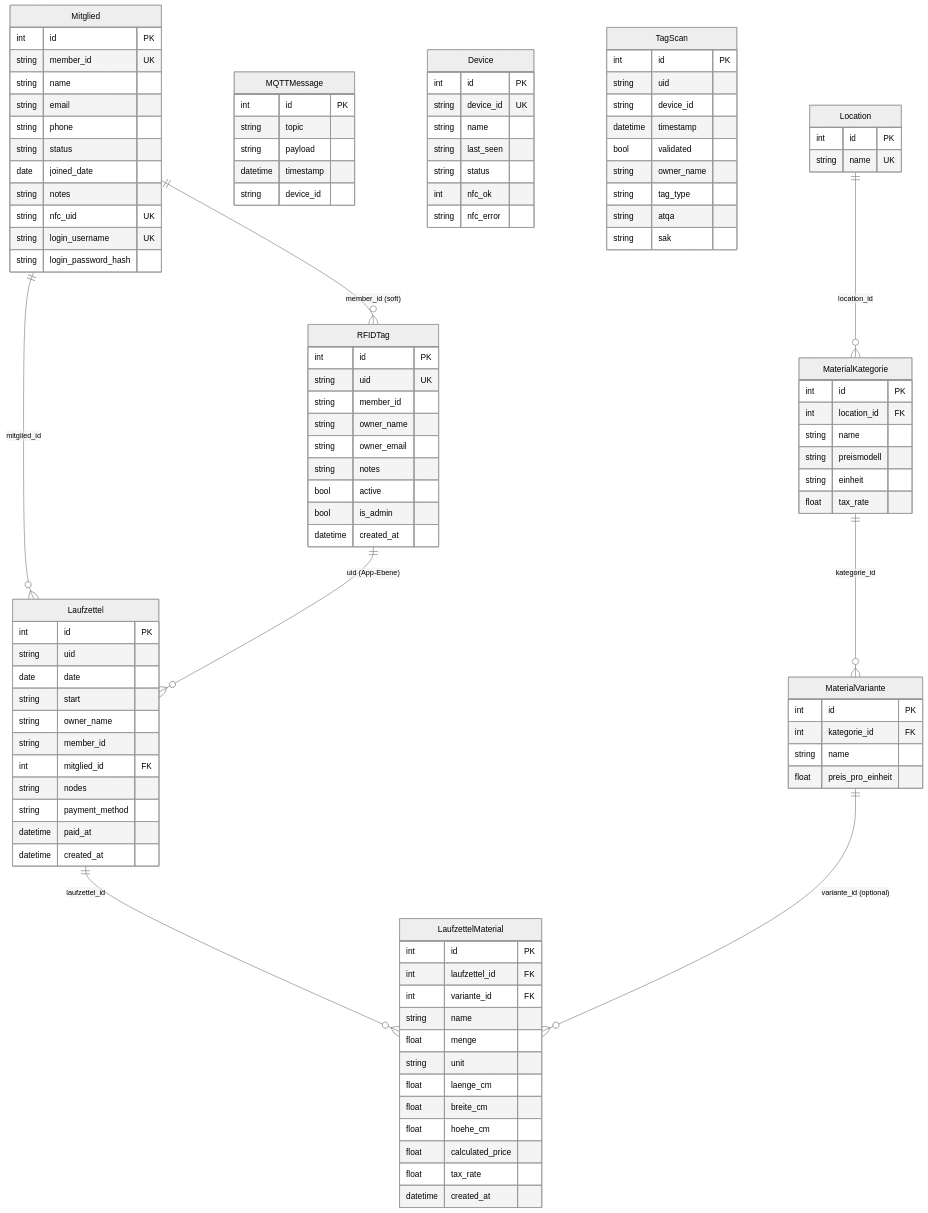
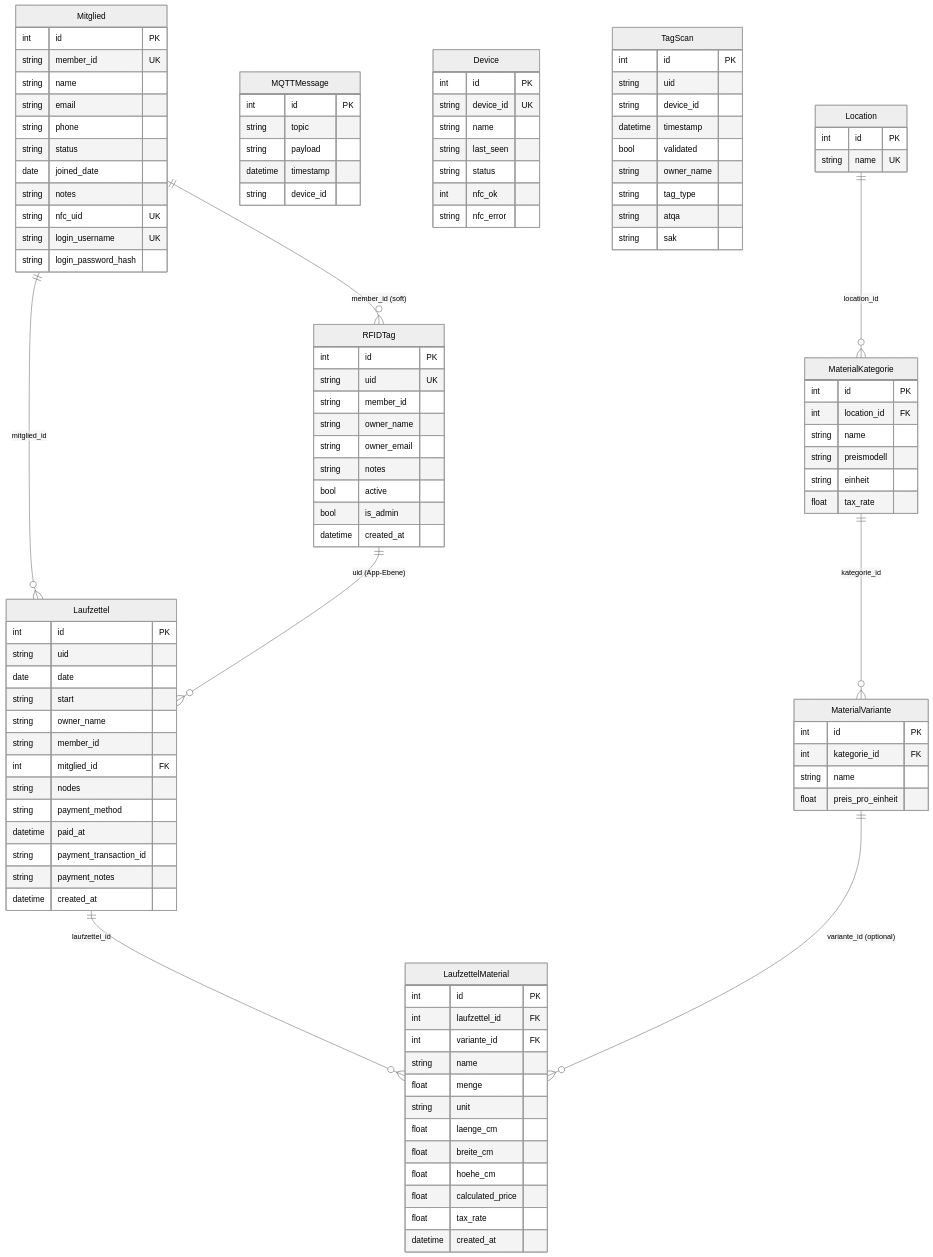
One commit to AlexErlewein/MakerPi_GroundControl changed the first of 2 diagrams in docs/07-database-model.de.md. Above: the diagram before and after it, drawn with Mermaid (neutral theme). The commit also changed other lines of this file and 2 other files, not shown here.

```diff
--- a/docs/07-database-model.de.md
+++ b/docs/07-database-model.de.md
@@ -60,6 +60,8 @@
         string nodes
         string payment_method
         datetime paid_at
+        string payment_transaction_id
+        string payment_notes
         datetime created_at
     }
     LaufzettelMaterial {
```
